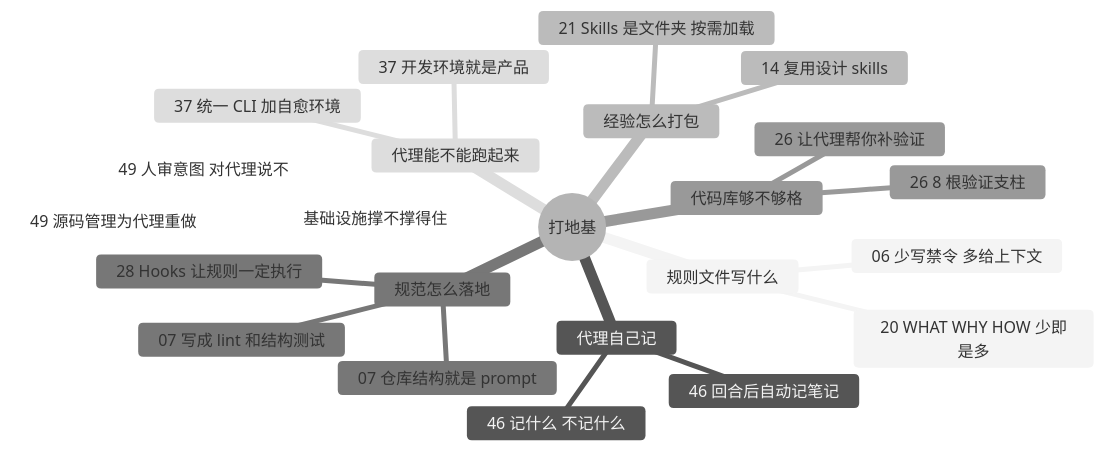
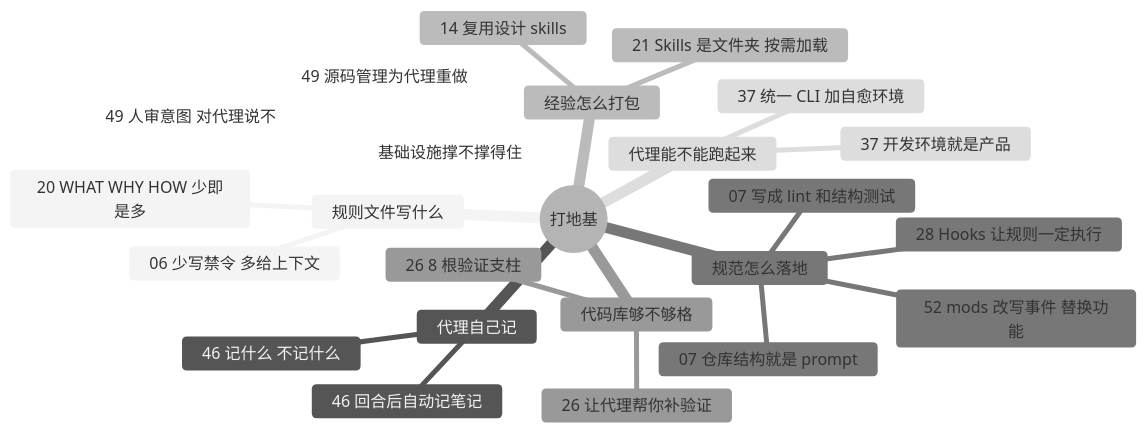
One commit to yzw7489757/ai-coding-videos changed the diagram in docs/guide/foundation.md. Above: the diagram before and after it, drawn with Mermaid (neutral theme). The commit also changed other lines of this file and 21 other files, not shown here.

````diff
--- a/docs/guide/foundation.md
+++ b/docs/guide/foundation.md
@@ -13,26 +13,27 @@
 ```mermaid
 mindmap
   root((打地基))
     规则文件写什么
       20 WHAT WHY HOW 少即是多
       06 少写禁令 多给上下文
     代理自己记
       46 回合后自动记笔记
       46 记什么 不记什么
     经验怎么打包
       21 Skills 是文件夹 按需加载
       14 复用设计 skills
     规范怎么落地
       07 写成 lint 和结构测试
       07 仓库结构就是 prompt
       28 Hooks 让规则一定执行
+      52 mods 改写事件 替换功能
     代码库够不够格
       26 8 根验证支柱
       26 让代理帮你补验证
     代理能不能跑起来
       37 开发环境就是产品
       37 统一 CLI 加自愈环境
     基础设施撑不撑得住
       49 源码管理为代理重做
       49 人审意图 对代理说不
 ```
````
